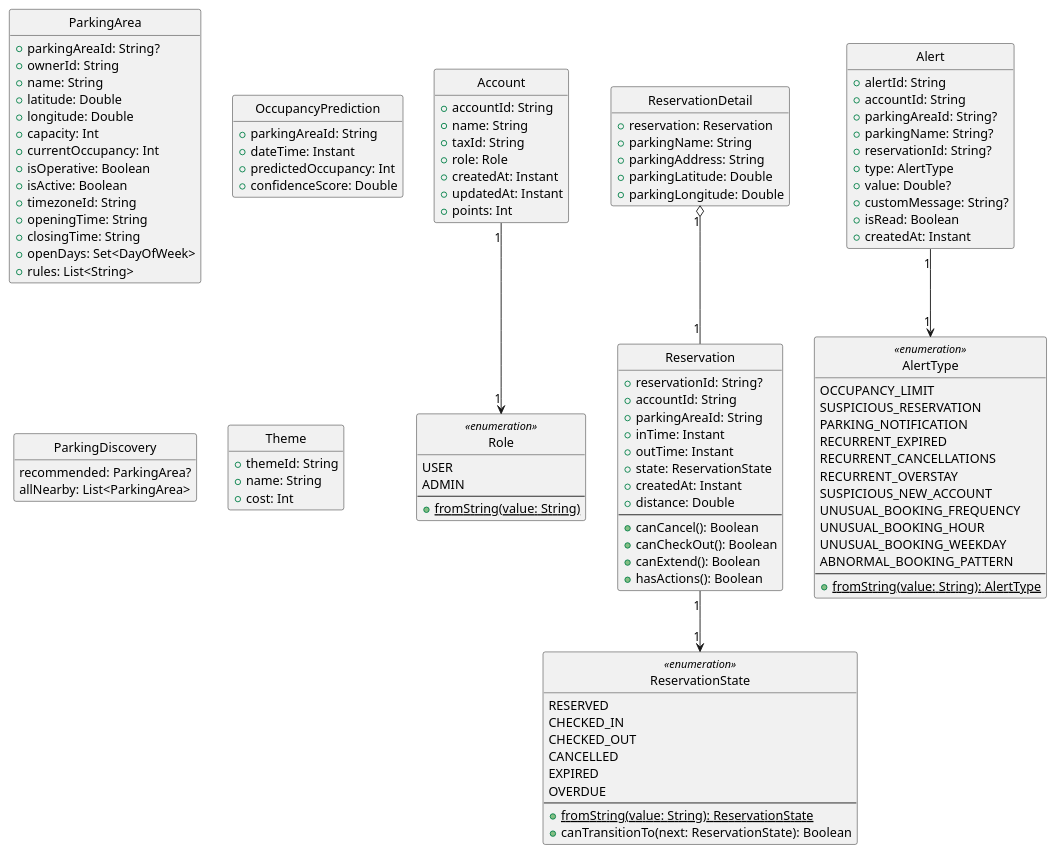
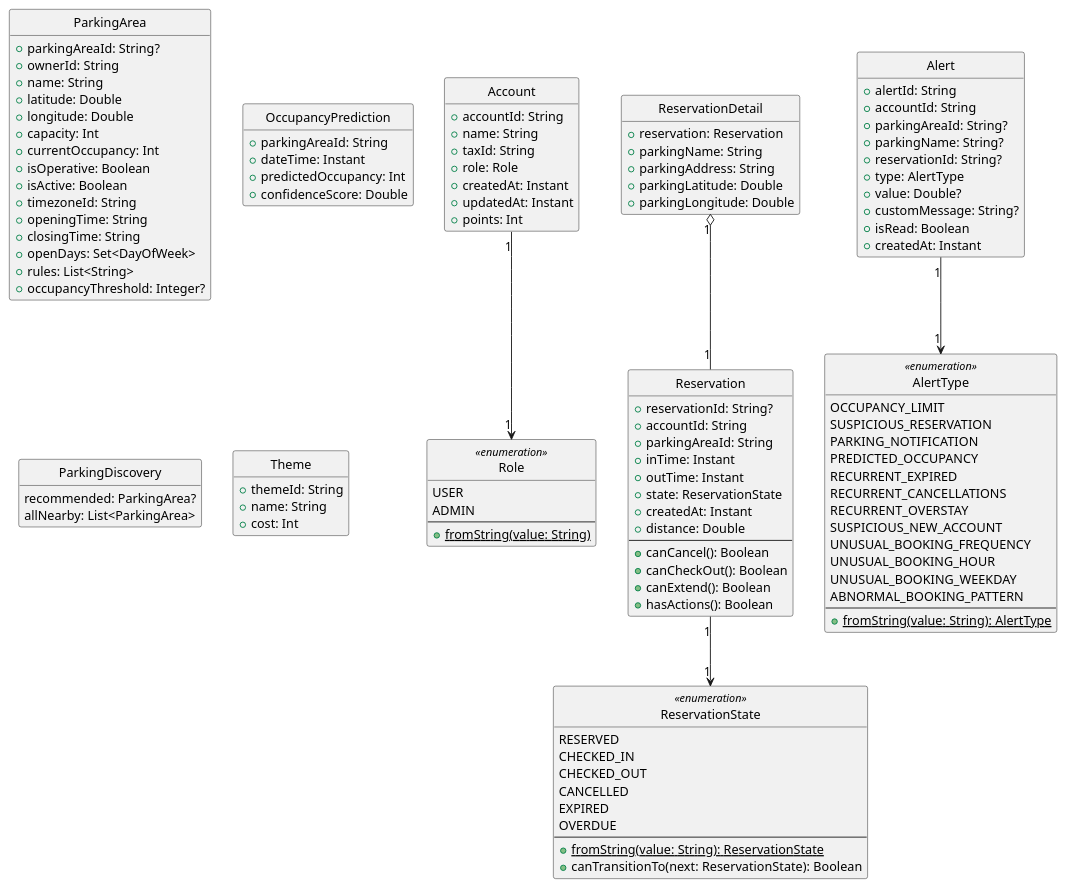
One commit to mmmatanza/BikeParkingApp changed the diagram in docs/diseño/Diagramas de clases/Entidades de dominio.puml. Above: the diagram before and after it, drawn with PlantUML. The commit also changed 50 other files, not shown here.

```diff
--- a/docs/diseño/Diagramas de clases/Entidades de dominio.puml
+++ b/docs/diseño/Diagramas de clases/Entidades de dominio.puml
@@ -1,126 +1,128 @@
 @startuml domain_entities
 skinparam style strictuml
 skinparam linetype ortho
 hide empty members
 
 class Account {
     + accountId: String
     + name: String
     + taxId: String
     + role: Role
     + createdAt: Instant
     + updatedAt: Instant
     + points: Int
 }
 
 enum Role <<enumeration>> {
     USER
     ADMIN
     --
     {static} + fromString(value: String)
 }
 
 class ParkingArea {
     + parkingAreaId: String?
     + ownerId: String
     + name: String
     + latitude: Double
     + longitude: Double
     + capacity: Int
     + currentOccupancy: Int
     + isOperative: Boolean
     + isActive: Boolean
     + timezoneId: String
     + openingTime: String
     + closingTime: String
     + openDays: Set<DayOfWeek>
     + rules: List<String>
+    + occupancyThreshold: Integer?
 }
 class Reservation {
     + reservationId: String?
     + accountId: String
     + parkingAreaId: String
     + inTime: Instant
     + outTime: Instant
     + state: ReservationState
     + createdAt: Instant
     + distance: Double
     --
     + canCancel(): Boolean
     + canCheckOut(): Boolean
     + canExtend(): Boolean
     + hasActions(): Boolean
 }
 
 enum ReservationState <<enumeration>> {
     RESERVED
     CHECKED_IN
     CHECKED_OUT
     CANCELLED
     EXPIRED
     OVERDUE
     --
     {static} + fromString(value: String): ReservationState
     + canTransitionTo(next: ReservationState): Boolean
 }
 
 class ReservationDetail {
     + reservation: Reservation
     + parkingName: String
     + parkingAddress: String
     + parkingLatitude: Double
     + parkingLongitude: Double
 }
 
 class Alert {
     + alertId: String
     + accountId: String
     + parkingAreaId: String?
     + parkingName: String?
     + reservationId: String?
     + type: AlertType
     + value: Double?
     + customMessage: String?
     + isRead: Boolean
     + createdAt: Instant
 }
 
 class OccupancyPrediction {
     + parkingAreaId: String
     + dateTime: Instant
     + predictedOccupancy: Int
     + confidenceScore: Double
 }
 
 enum AlertType <<enumeration>> {
     OCCUPANCY_LIMIT
     SUSPICIOUS_RESERVATION
     PARKING_NOTIFICATION
+    PREDICTED_OCCUPANCY
     RECURRENT_EXPIRED
     RECURRENT_CANCELLATIONS
     RECURRENT_OVERSTAY
     SUSPICIOUS_NEW_ACCOUNT
     UNUSUAL_BOOKING_FREQUENCY
     UNUSUAL_BOOKING_HOUR
     UNUSUAL_BOOKING_WEEKDAY
     ABNORMAL_BOOKING_PATTERN
     --
     {static} + fromString(value: String): AlertType
 }
 
 class ParkingDiscovery{
     recommended: ParkingArea?
     allNearby: List<ParkingArea>
 }
 
 class Theme {
     + themeId: String
     + name: String
     + cost: Int
 }
 
 Account "1" --> "1" Role
 Reservation "1" --> "1" ReservationState
 ReservationDetail "1" o-- "1" Reservation
 Alert "1" --> "1" AlertType
 @enduml
```
